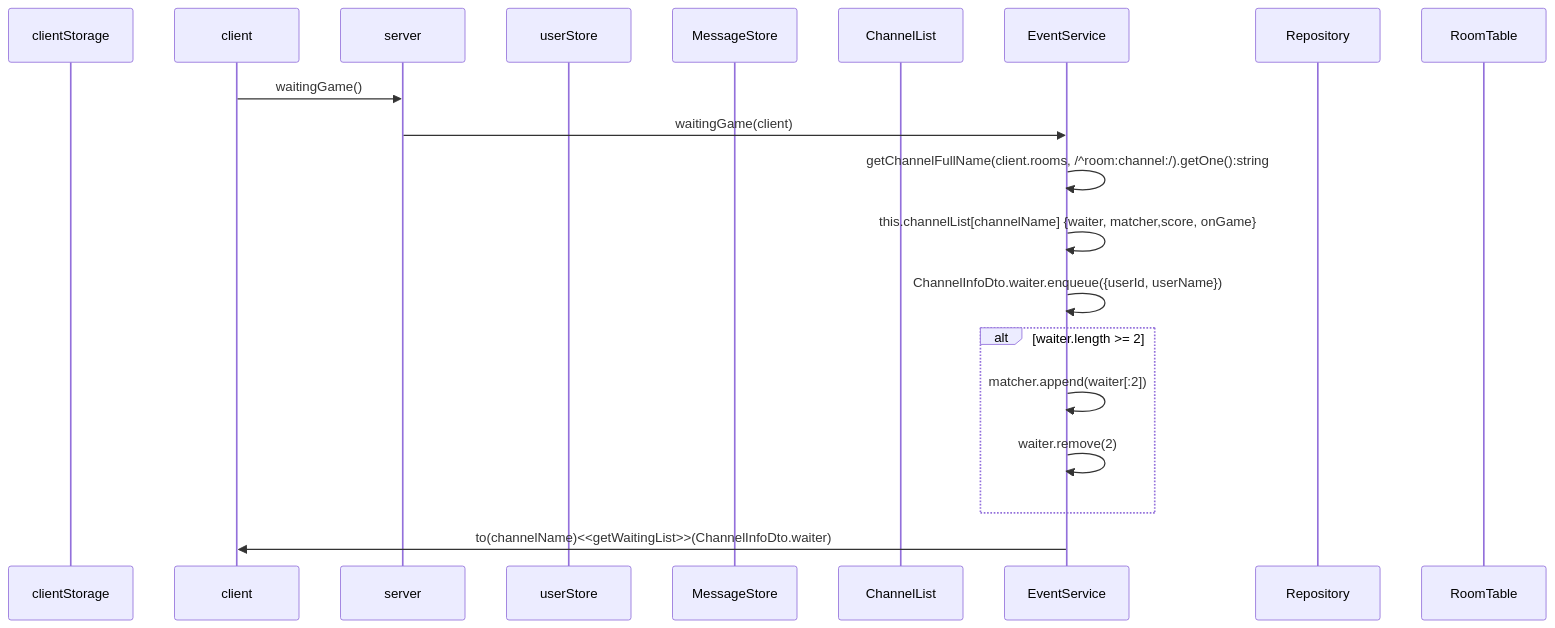
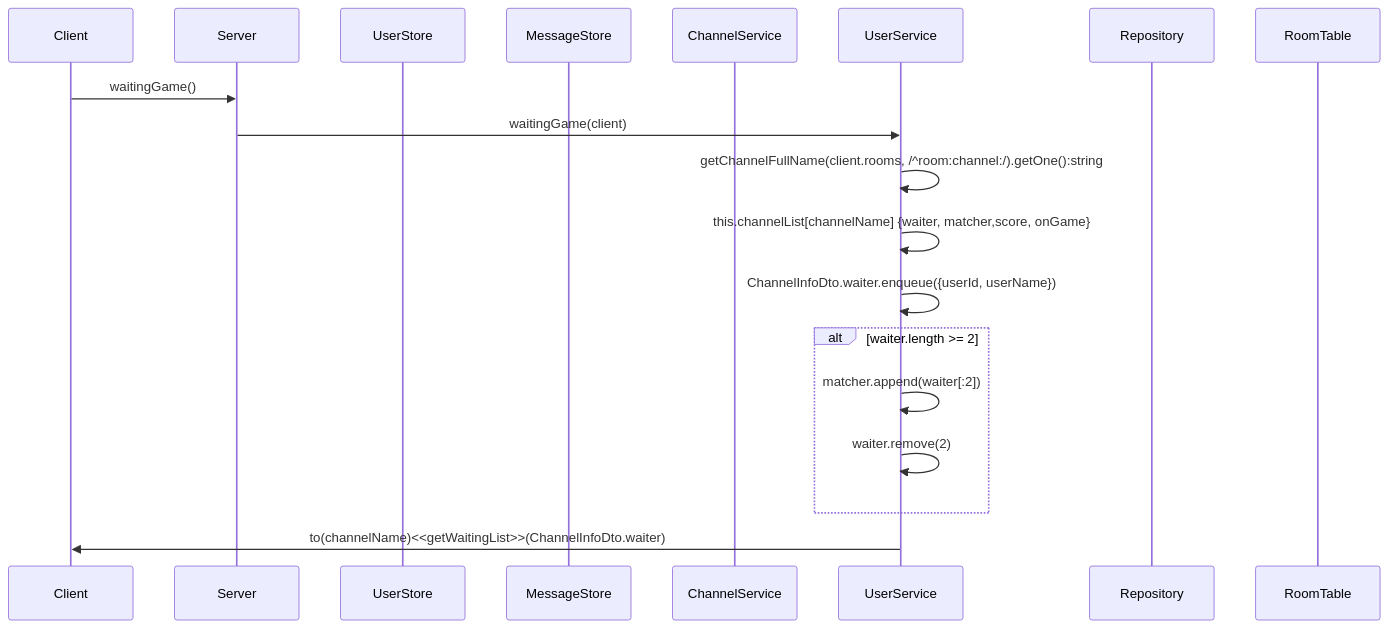
Diagram 14 of 20 in backend/node/app/event.md (mtak0235/simmons_transcendence), drawn with Mermaid before and after one commit. The commit also changed other lines of this file, not shown here.

Commit message:
refactor: 백엔드 소켓 시퀀스 다이어그램 순서 정리 & 요청 응답 값 구체화

````diff
--- a/backend/node/app/event.md
+++ b/backend/node/app/event.md
@@ -427,23 +544,22 @@
 ```mermaid
 sequenceDiagram
-participant cls as clientStorage
-participant c as client
-participant ga as server
-participant ss as userStore
+participant c as Client
+participant ga as Server
+participant ss as UserStore
 participant ms as MessageStore
-participant cns as ChannelList
-participant cs as EventService
+participant cns as ChannelService
+participant us as UserService
 participant r as Repository
 participant rt as RoomTable
 
 c->>ga: waitingGame()
-ga->>cs: waitingGame(client)
-cs->>cs: getChannelFullName(client.rooms, /^room:channel:/).getOne():string
-cs->>cs: this.channelList[channelName] {waiter, matcher,score, onGame}
-cs->>cs: ChannelInfoDto.waiter.enqueue({userId, userName})
+ga->>us: waitingGame(client)
+us->>us: getChannelFullName(client.rooms, /^room:channel:/).getOne():string
+us->>us: this.channelList[channelName] {waiter, matcher,score, onGame}
+us->>us: ChannelInfoDto.waiter.enqueue({userId, userName})
 alt waiter.length >= 2
-cs->>cs: matcher.append(waiter[:2])
-cs->>cs: waiter.remove(2)
+us->>us: matcher.append(waiter[:2])
+us->>us: waiter.remove(2)
 end
-cs->>c: to(channelName)<<getWaitingList>>(ChannelInfoDto.waiter)
+us->>c: to(channelName)<<getWaitingList>>(ChannelInfoDto.waiter)
 ```
````
